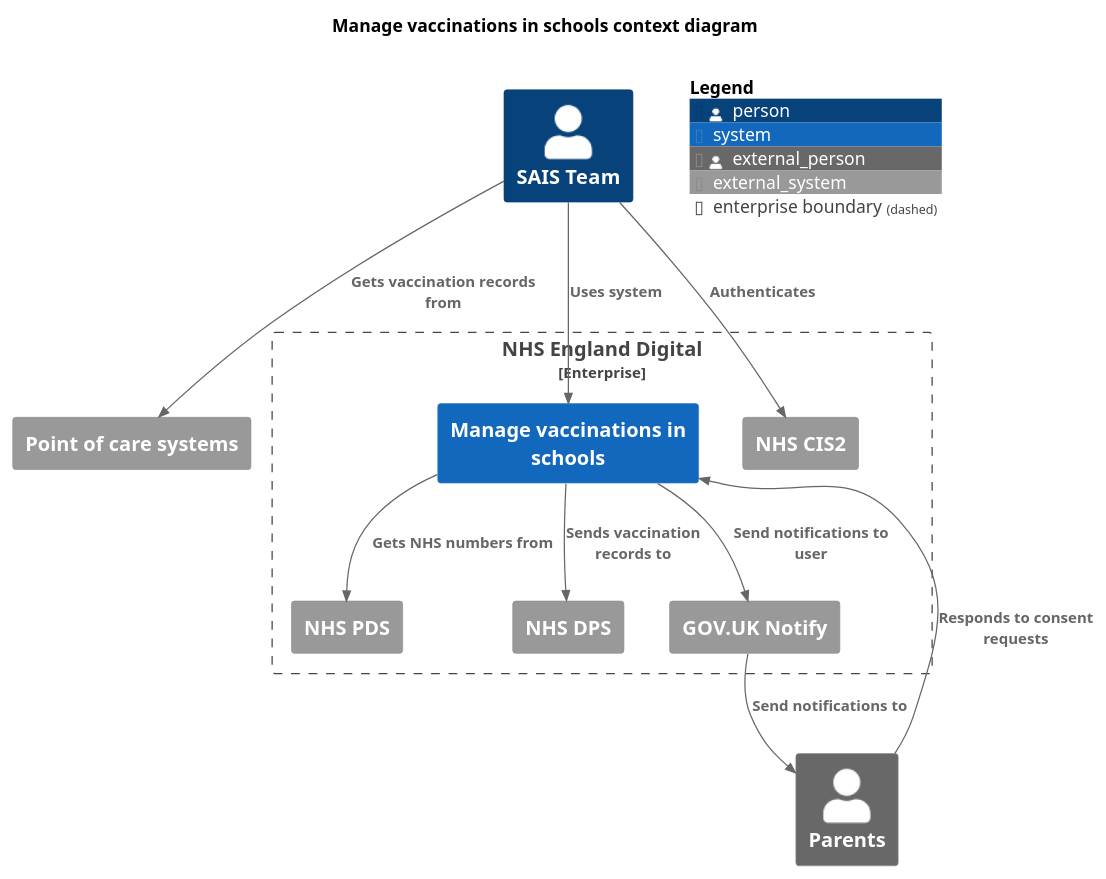
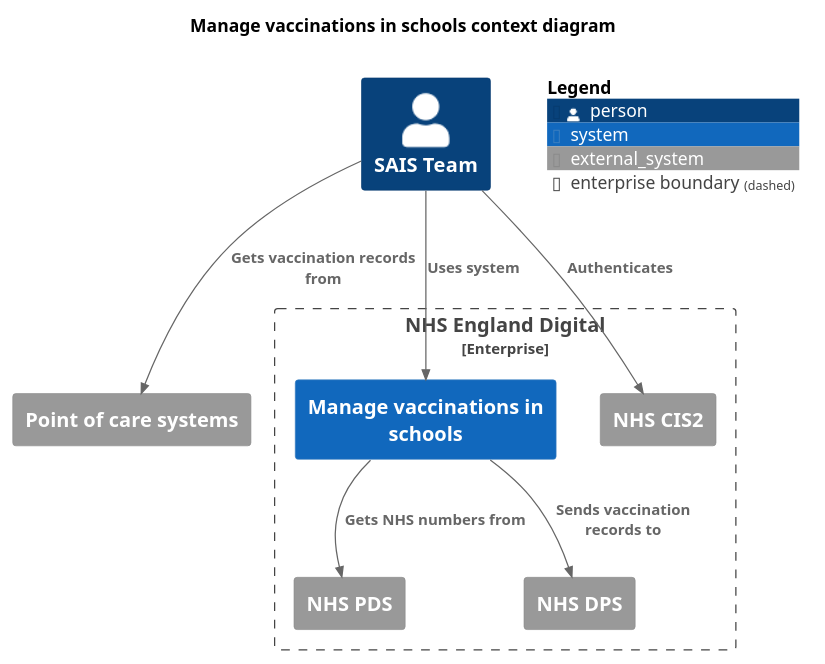
The diagram in docs/diagrams/context-view.puml (nhsuk/manage-vaccinations-in-schools), drawn with PlantUML before and after one commit. The commit also changed 2 other files, not shown here.

Commit message:
Update arch diagrams for release 0

```diff
--- a/docs/diagrams/context-view.puml
+++ b/docs/diagrams/context-view.puml
@@ -1,36 +1,30 @@
 @startuml
 
 !include <C4/C4_Context.puml>
 
 LAYOUT_TOP_DOWN()
 
 title "Manage vaccinations in schools context diagram"
-
-Person_Ext(parents, "Parents")
 
 System_Ext(poc, "Point of care systems")
 Person(sais, "SAIS Team")
 
 Enterprise_Boundary(nhs, "NHS England Digital") {
   System(mavis, "Manage vaccinations in schools")
 
   System_Ext(cis, "NHS CIS2")
   System_Ext(pds, "NHS PDS")
   System_Ext(dps, "NHS DPS")
-  System_Ext(notify, "GOV.UK Notify")
 }
 
 AddRelTag("optional", $textColor="black", $lineColor="black", $lineStyle="dashed")
 
 Rel(sais, cis, "Authenticates")
 Rel(sais, mavis, "Uses system")
 Rel(sais, poc, "Gets vaccination records from")
-Rel(mavis, notify, "Send notifications to user")
-Rel(notify, parents, "Send notifications to")
-Rel(parents, mavis, "Responds to consent requests")
 Rel(mavis, pds, "Gets NHS numbers from")
 Rel(mavis, dps, "Sends vaccination records to")
 
 SHOW_FLOATING_LEGEND()
 
 @enduml
```
